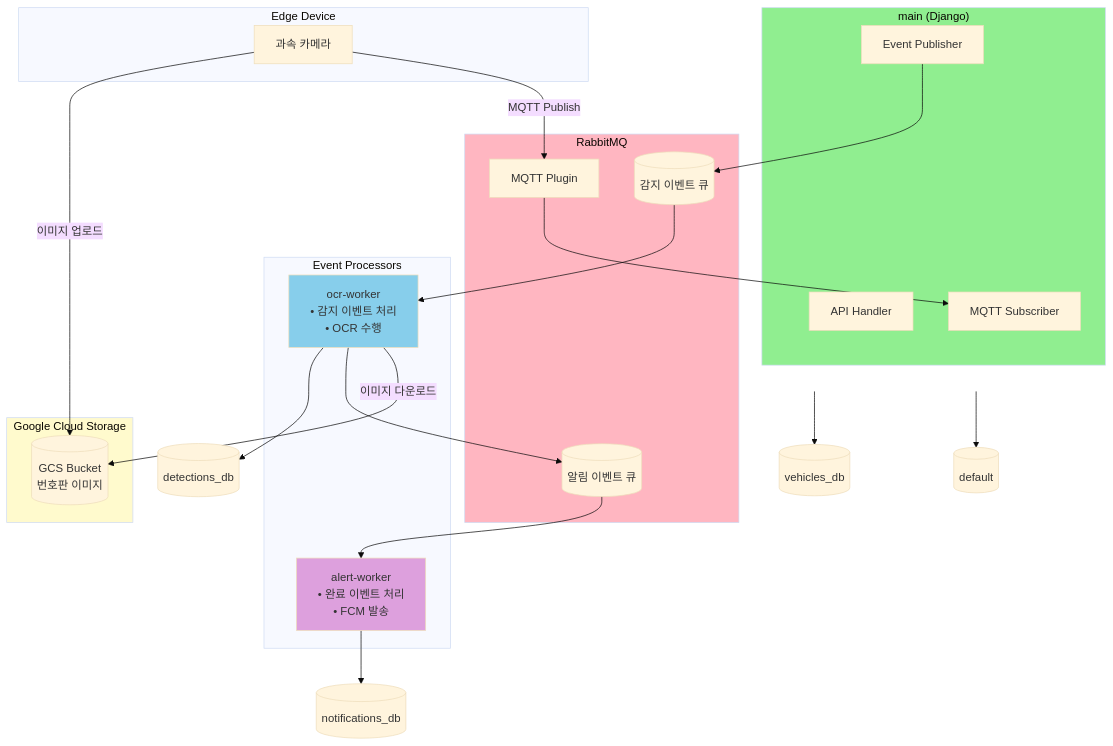
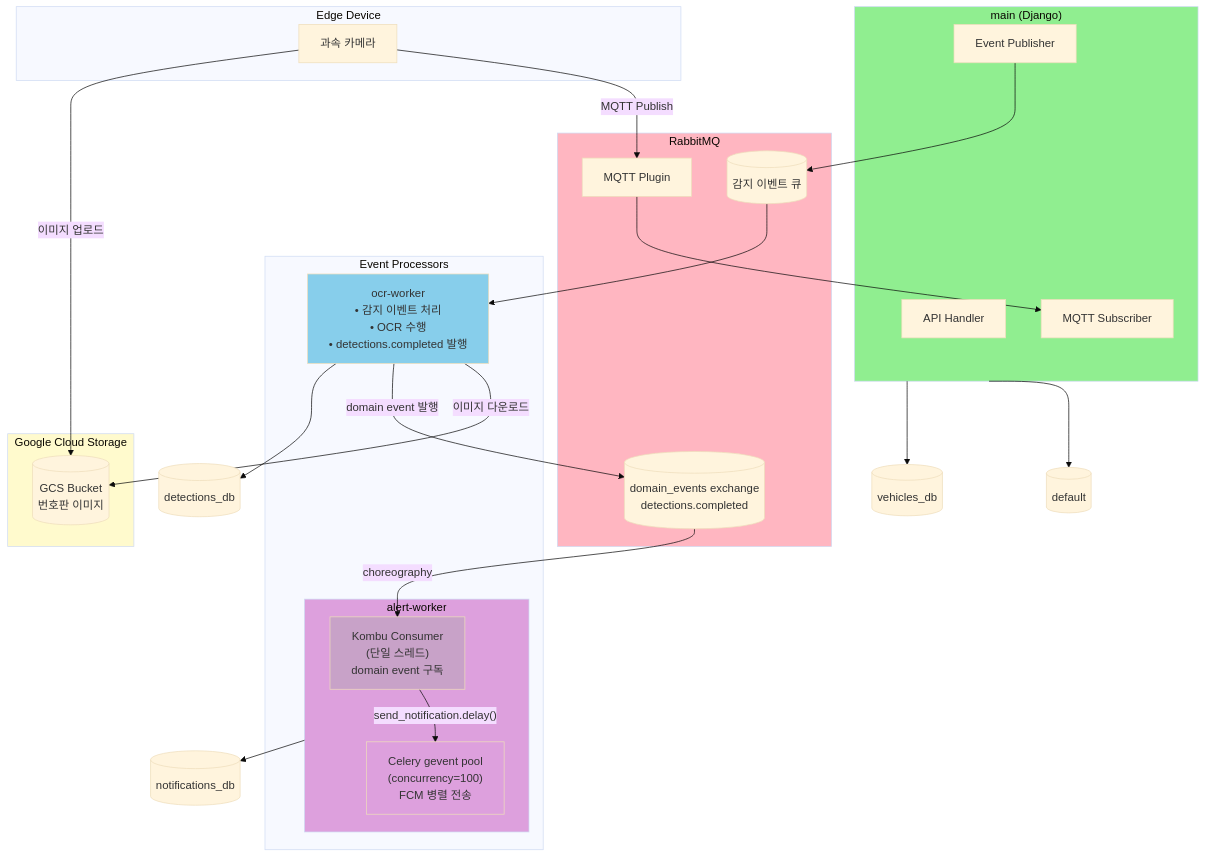
Before and after one commit to Qualcom-Capstone/backend: the second of 5 diagrams in docs/performance-analysis.md, drawn with Mermaid (base theme). The commit also changed other lines of this file and 7 other files, not shown here.

````diff
--- a/docs/performance-analysis.md
+++ b/docs/performance-analysis.md
@@ -97,47 +97,53 @@
 ```mermaid
 graph TB
     subgraph Edge["Edge Device"]
         Camera["과속 카메라"]
     end
 
     subgraph Main["main (Django)"]
         API["API Handler"]
         MQTT_Sub["MQTT Subscriber"]
         Publisher["Event Publisher"]
     end
 
     subgraph Workers["Event Processors"]
-        OCR["ocr-worker<br/>• 감지 이벤트 처리<br/>• OCR 수행"]
-        Alert["alert-worker<br/>• 완료 이벤트 처리<br/>• FCM 발송"]
+        OCR["ocr-worker<br/>• 감지 이벤트 처리<br/>• OCR 수행<br/>• detections.completed 발행"]
+        subgraph AlertWorker["alert-worker"]
+            KombuConsumer["Kombu Consumer<br/>(단일 스레드)<br/>domain event 구독"]
+            CeleryGevent["Celery gevent pool<br/>(concurrency=100)<br/>FCM 병렬 전송"]
+        end
     end
 
     subgraph MessageBroker["RabbitMQ"]
         MQTT["MQTT Plugin"]
         Queue1[("감지 이벤트 큐")]
-        Queue2[("알림 이벤트 큐")]
+        DomainEvents[("domain_events exchange<br/>detections.completed")]
     end
 
     subgraph Storage["Google Cloud Storage"]
         GCS[("GCS Bucket<br/>번호판 이미지")]
     end
 
     Camera -->|"MQTT Publish"| MQTT
     Camera -->|"이미지 업로드"| GCS
     MQTT --> MQTT_Sub
     Publisher --> Queue1
     Queue1 --> OCR
     OCR -->|"이미지 다운로드"| GCS
-    OCR --> Queue2
-    Queue2 --> Alert
+    OCR -->|"domain event 발행"| DomainEvents
+    DomainEvents -->|"choreography"| KombuConsumer
+    KombuConsumer -->|"send_notification.delay()"| CeleryGevent
 
     Main --> DB1[("default")]
     Main --> DB2[("vehicles_db")]
     OCR --> DB3[("detections_db")]
-    Alert --> DB4[("notifications_db")]
+    AlertWorker --> DB4[("notifications_db")]
 
     style Main fill:#90EE90
     style OCR fill:#87CEEB
-    style Alert fill:#DDA0DD
+    style AlertWorker fill:#DDA0DD
+    style KombuConsumer fill:#C8A2C8
+    style CeleryGevent fill:#DDA0DD
     style MessageBroker fill:#FFB6C1
     style Storage fill:#FFFACD
 ```
````
